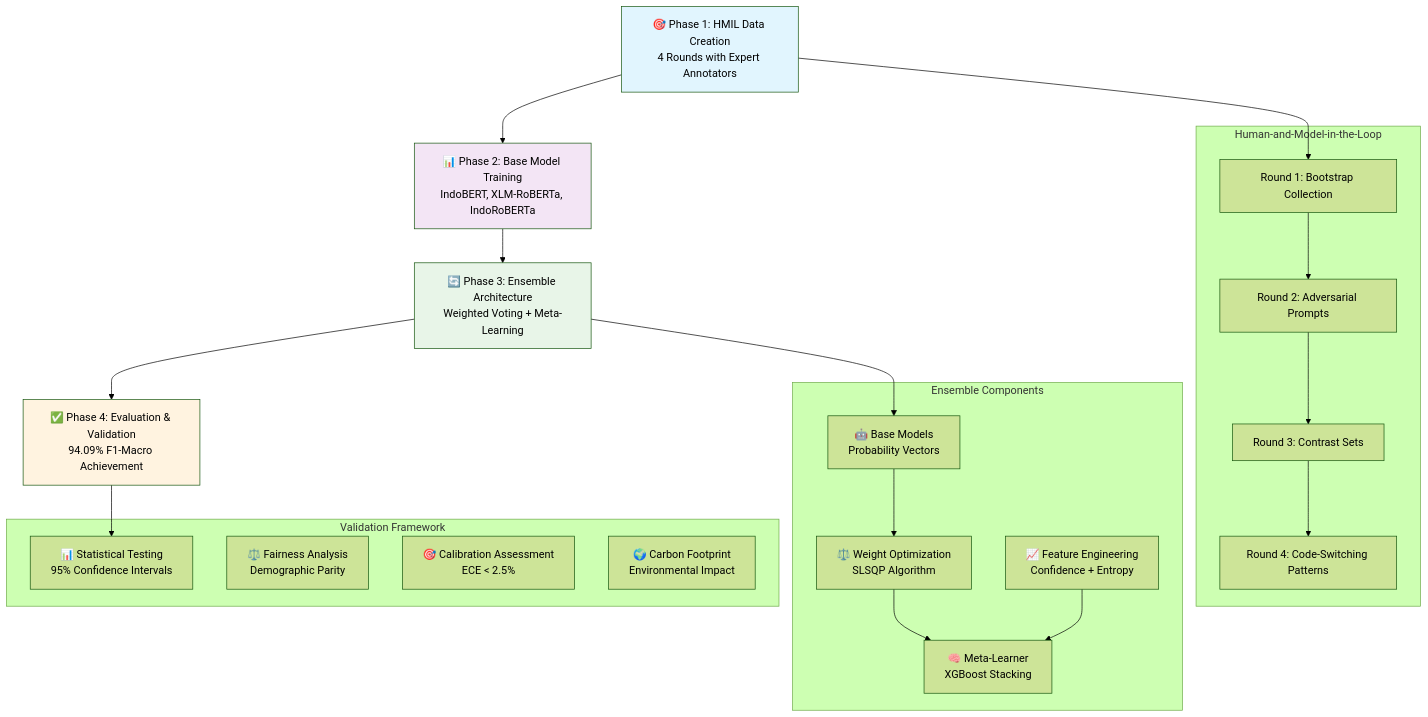
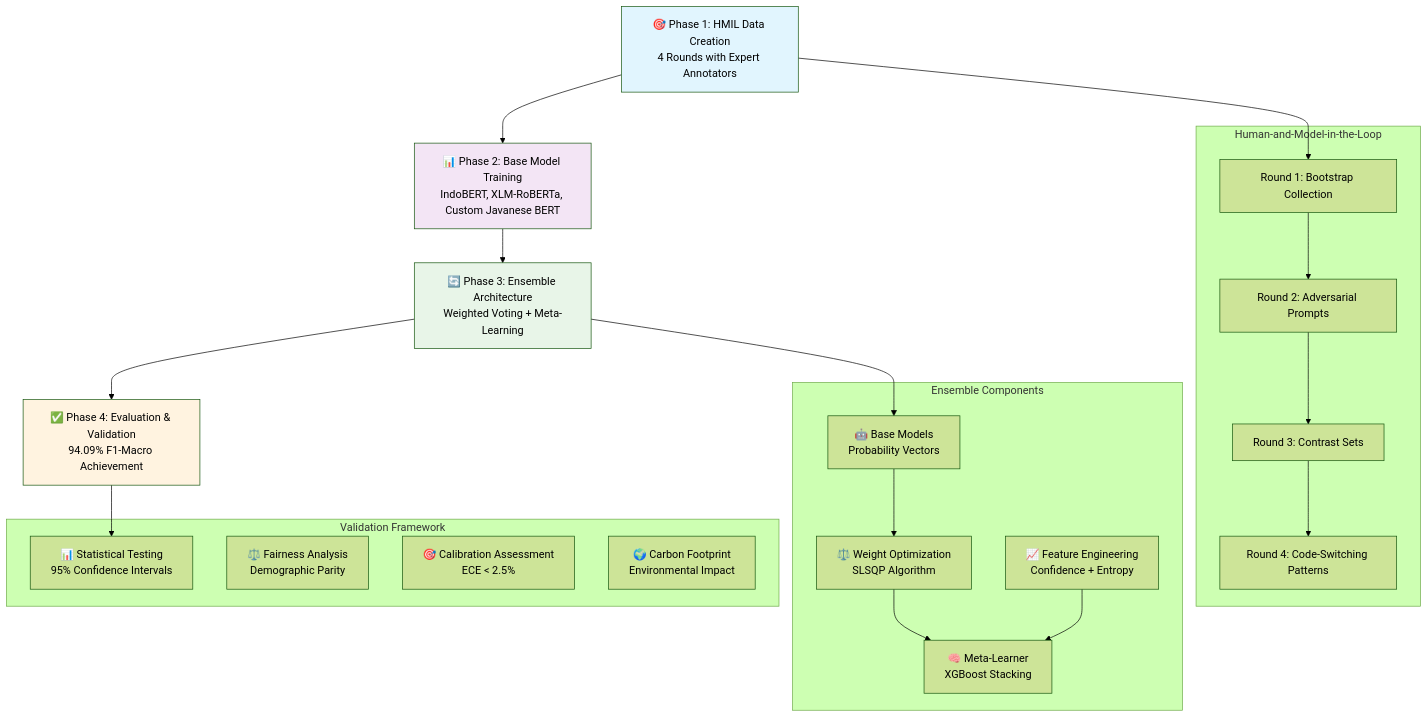
The first of 8 diagrams in ensemble_javanese_hate_speech_detection_paper.md (neimasilk/ujaran-kebencian-bahasa-jawa), drawn with Mermaid (forest theme) before and after one commit. The commit also changed other lines of this file and 6 other files, not shown here.

````diff
--- a/ensemble_javanese_hate_speech_detection_paper.md
+++ b/ensemble_javanese_hate_speech_detection_paper.md
@@ -72,39 +78,39 @@
 ```mermaid
 flowchart TD
-    A["🎯 Phase 1: HMIL Data Creation<br/>4 Rounds with Expert Annotators"] --> B["📊 Phase 2: Base Model Training<br/>IndoBERT, XLM-RoBERTa, IndoRoBERTa"]
+    A["🎯 Phase 1: HMIL Data Creation<br/>4 Rounds with Expert Annotators"] --> B["📊 Phase 2: Base Model Training<br/>IndoBERT, XLM-RoBERTa, Custom Javanese BERT"]
     B --> C["🔄 Phase 3: Ensemble Architecture<br/>Weighted Voting + Meta-Learning"]
     C --> D["✅ Phase 4: Evaluation & Validation<br/>94.09% F1-Macro Achievement"]
     
     subgraph "Human-and-Model-in-the-Loop"
         A1["Round 1: Bootstrap Collection"]
         A2["Round 2: Adversarial Prompts"]
         A3["Round 3: Contrast Sets"]
         A4["Round 4: Code-Switching Patterns"]
         A1 --> A2 --> A3 --> A4
     end
     
     subgraph "Ensemble Components"
         C1["🤖 Base Models<br/>Probability Vectors"]
         C2["⚖️ Weight Optimization<br/>SLSQP Algorithm"]
         C3["🧠 Meta-Learner<br/>XGBoost Stacking"]
         C4["📈 Feature Engineering<br/>Confidence + Entropy"]
         C1 --> C2 --> C3
         C4 --> C3
     end
     
     subgraph "Validation Framework"
         D1["📊 Statistical Testing<br/>95% Confidence Intervals"]
         D2["⚖️ Fairness Analysis<br/>Demographic Parity"]
         D3["🎯 Calibration Assessment<br/>ECE < 2.5%"]
         D4["🌍 Carbon Footprint<br/>Environmental Impact"]
     end
     
     A --> A1
     C --> C1
     D --> D1
     
     style A fill:#e1f5fe
     style B fill:#f3e5f5
     style C fill:#e8f5e8
     style D fill:#fff3e0
 ```
````
